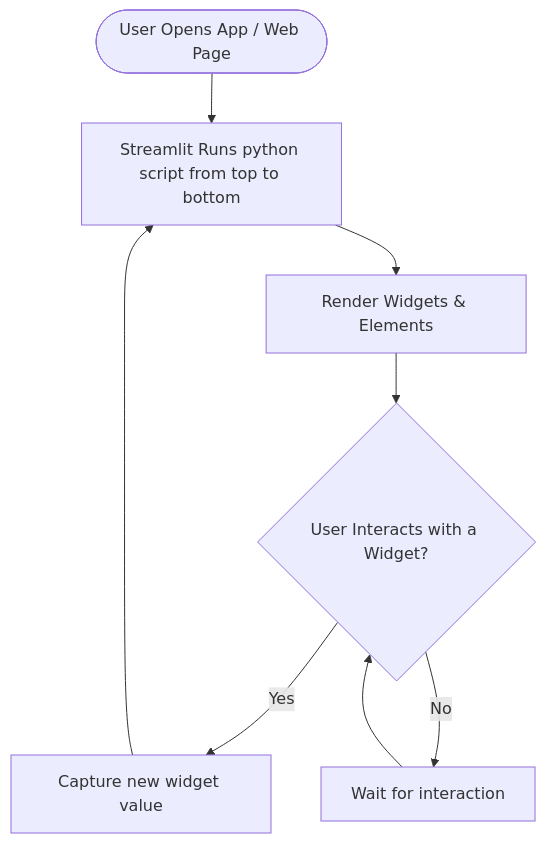
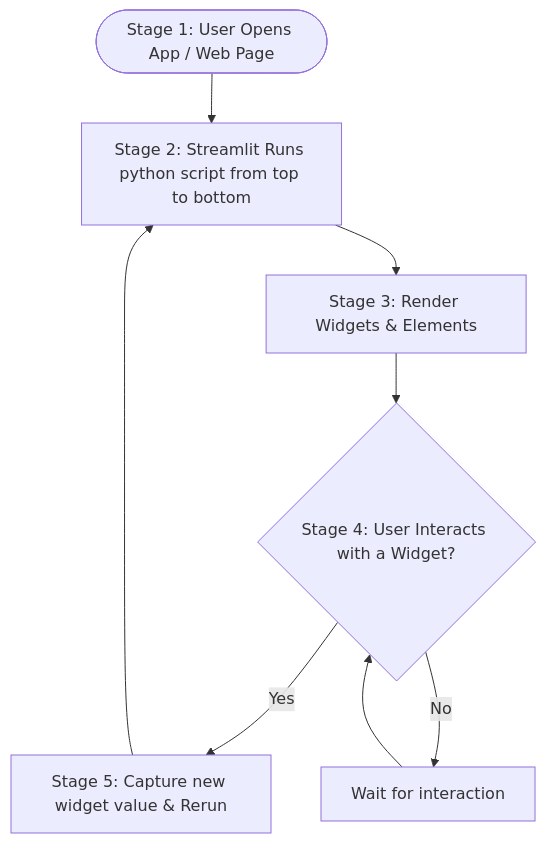
One commit to moonstruck2003/ai-kernel changed the diagram in krish-naik/9-Streamlit/streamlit_cheatsheet.md. Above: the diagram before and after it, drawn with Mermaid. The commit also changed other lines of this file and 3 other files, not shown here.

````diff
--- a/krish-naik/9-Streamlit/streamlit_cheatsheet.md
+++ b/krish-naik/9-Streamlit/streamlit_cheatsheet.md
@@ -16,10 +13,10 @@
 ```mermaid
 graph TD
-    A([User Opens App / Web Page]) --> B[Streamlit Runs python script from top to bottom]
-    B --> C[Render Widgets & Elements]
-    C --> D{User Interacts with a Widget?}
-    D -- Yes --> E[Capture new widget value]
-    E --> B
-    D -- No --> F[Wait for interaction]
-    F --> D
+    Stage1([Stage 1: User Opens App / Web Page]) --> Stage2[Stage 2: Streamlit Runs python script from top to bottom]
+    Stage2 --> Stage3[Stage 3: Render Widgets & Elements]
+    Stage3 --> Stage4{Stage 4: User Interacts with a Widget?}
+    Stage4 -- Yes --> Stage5[Stage 5: Capture new widget value & Rerun]
+    Stage5 --> Stage2
+    Stage4 -- No --> Stage6[Wait for interaction]
+    Stage6 --> Stage4
 ```
````
